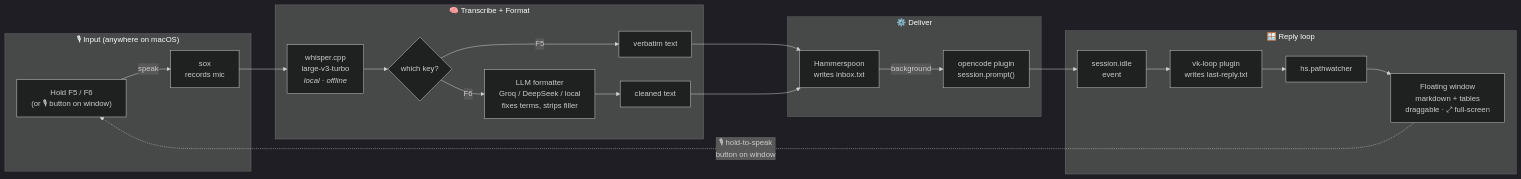
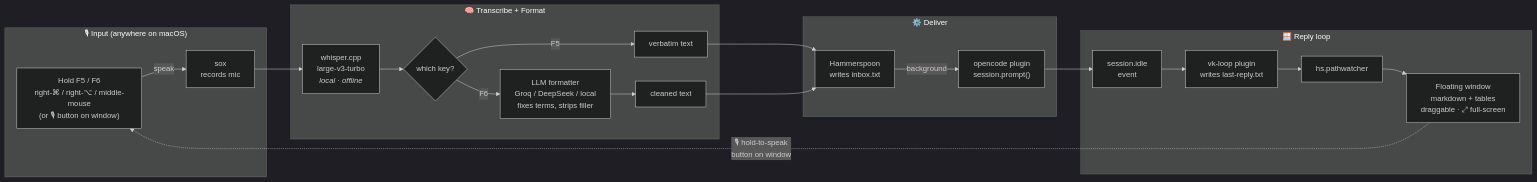
Before and after one commit to prakashchand72/vk-voice-kit: the diagram in README.md, drawn with Mermaid (dark theme). The commit also changed other lines of this file, not shown here.

````diff
--- a/README.md
+++ b/README.md
@@ -18,28 +18,28 @@
 ```mermaid
 flowchart LR
     subgraph INPUT["🎙 Input (anywhere on macOS)"]
-        A["Hold F5 / F6<br/>(or 🎙 button on window)"] -->|"speak"| B["sox<br/>records mic"]
+        A["Hold F5 / F6<br/>right-⌘ / right-⌥ / middle-mouse<br/>(or 🎙 button on window)"] -->|"speak"| B["sox<br/>records mic"]
     end
 
     subgraph BRAIN["🧠 Transcribe + Format"]
         B --> C["whisper.cpp<br/>large-v3-turbo<br/><i>local · offline</i>"]
         C --> D{"which key?"}
         D -->|"F5"| E["verbatim text"]
         D -->|"F6"| F["LLM formatter<br/>Groq / DeepSeek / local<br/>fixes terms, strips filler"]
         F --> E2["cleaned text"]
     end
 
     subgraph EXECUTE["⚙️ Deliver"]
         E --> G["Hammerspoon<br/>writes inbox.txt"]
         E2 --> G
         G -->|"background"| H["opencode plugin<br/>session.prompt()"]
     end
 
     subgraph REPLY["🪟 Reply loop"]
         H --> I["session.idle<br/>event"]
         I --> J["vk-loop plugin<br/>writes last-reply.txt"]
         J --> K["hs.pathwatcher"]
         K --> L["Floating window<br/>markdown + tables<br/>draggable · ⤢ full-screen"]
         L -.->|"🎙 hold-to-speak<br/>button on window"| A
     end
 ```
````
